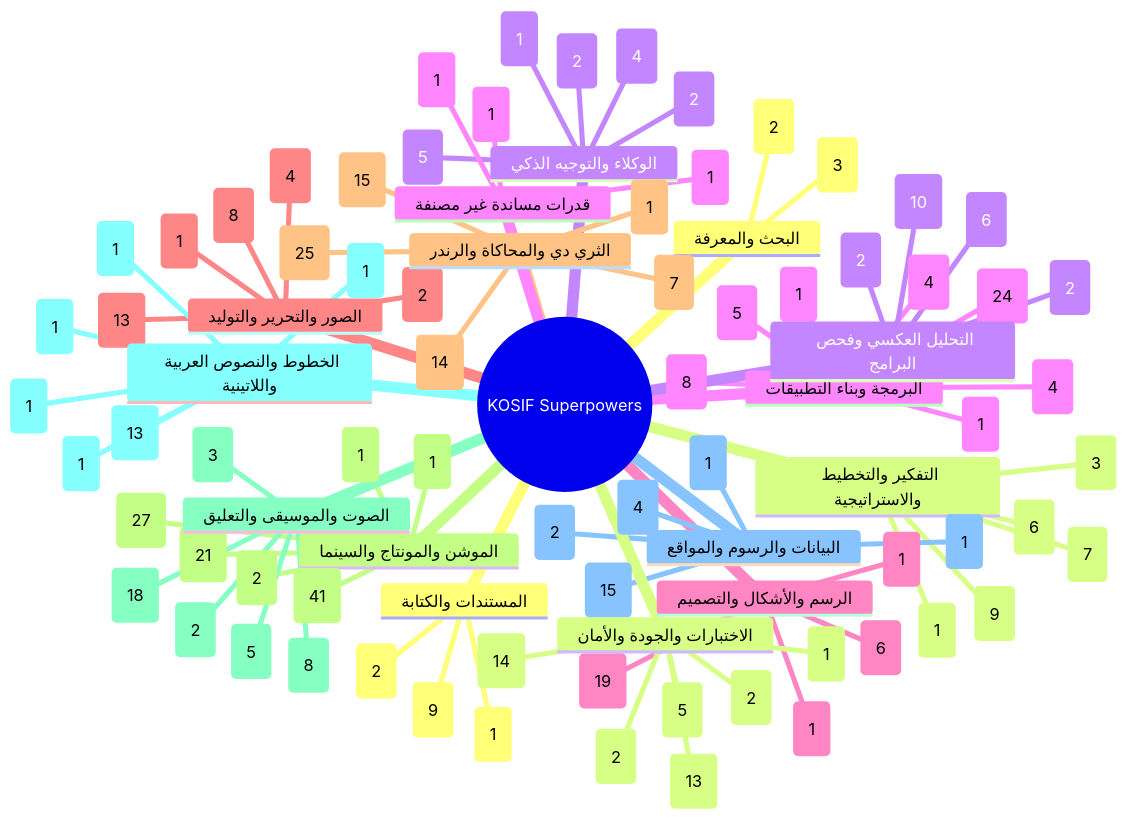
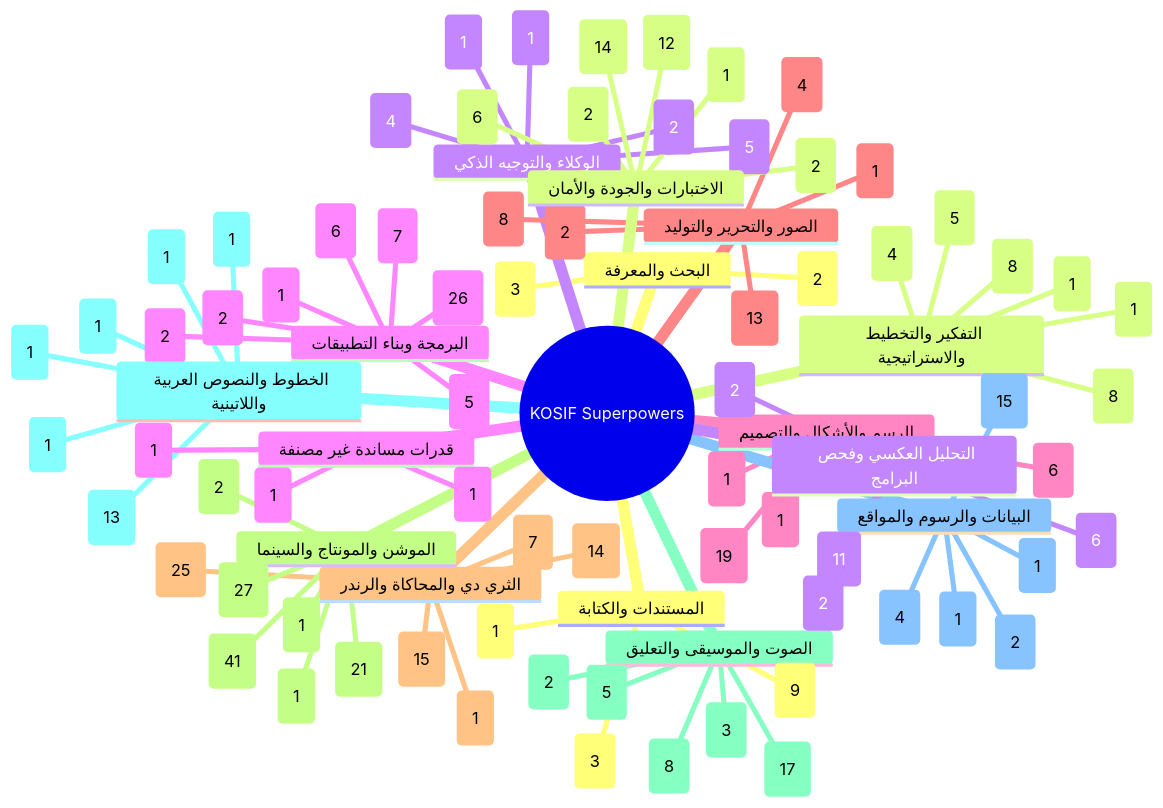
The first of 13 diagrams in .claude/skills/kosif-superpowers/references/capability-mindmap.md (kosif199022-jpg/kosif-tool), drawn with Mermaid before and after one commit. The commit also changed other lines of this file and 61 other files, not shown here.

```diff
--- a/.claude/skills/kosif-superpowers/references/capability-mindmap.md
+++ b/.claude/skills/kosif-superpowers/references/capability-mindmap.md
@@ -33,25 +33,26 @@
       افهم المادة (3)
       اصنع (2)
     التفكير والتخطيط والاستراتيجية
-      افهم المادة (6)
-      خطّط وقرّر (9)
-      اصنع (7)
+      افهم المادة (5)
+      خطّط وقرّر (8)
+      اصنع (8)
       جمّع وارندر (1)
-      تحقّق (3)
+      تحقّق (4)
+      سلّم وانشر (1)
     الوكلاء والتوجيه الذكي
       افهم المادة (5)
       خطّط وقرّر (2)
       اصنع (4)
       جمّع وارندر (1)
-      تحقّق (2)
+      تحقّق (1)
     البرمجة وبناء التطبيقات
-      افهم المادة (4)
+      افهم المادة (7)
       خطّط وقرّر (5)
-      اصنع (24)
+      اصنع (26)
       حسّن واصقل (1)
-      جمّع وارندر (4)
-      تحقّق (8)
-      سلّم وانشر (1)
+      جمّع وارندر (2)
+      تحقّق (6)
+      سلّم وانشر (2)
     الرسم والأشكال والتصميم
       افهم المادة (1)
       خطّط وقرّر (1)
@@ -79,7 +80,7 @@
     الصوت والموسيقى والتعليق
       افهم المادة (3)
       خطّط وقرّر (8)
-      اصنع (18)
+      اصنع (17)
       حسّن واصقل (5)
       تحقّق (2)
     الخطوط والنصوص العربية واللاتينية
@@ -96,18 +97,18 @@
       حسّن واصقل (4)
       جمّع وارندر (1)
     المستندات والكتابة
-      افهم المادة (2)
+      افهم المادة (3)
       اصنع (9)
       سلّم وانشر (1)
     الاختبارات والجودة والأمان
-      افهم المادة (13)
+      افهم المادة (12)
       خطّط وقرّر (1)
-      اصنع (5)
+      اصنع (6)
       حسّن واصقل (2)
       جمّع وارندر (2)
       تحقّق (14)
     التحليل العكسي وفحص البرامج
-      افهم المادة (10)
+      افهم المادة (11)
       خطّط وقرّر (2)
       اصنع (2)
       جمّع وارندر (6)
```
